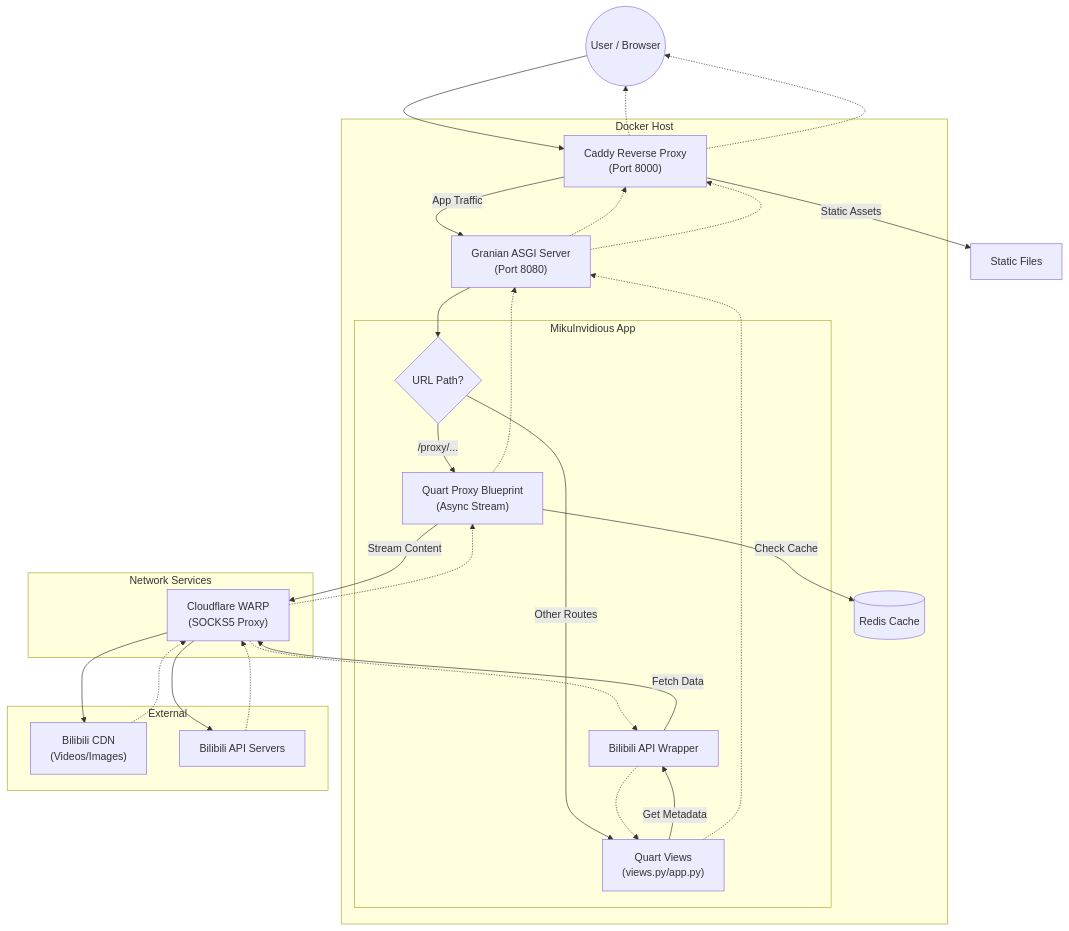
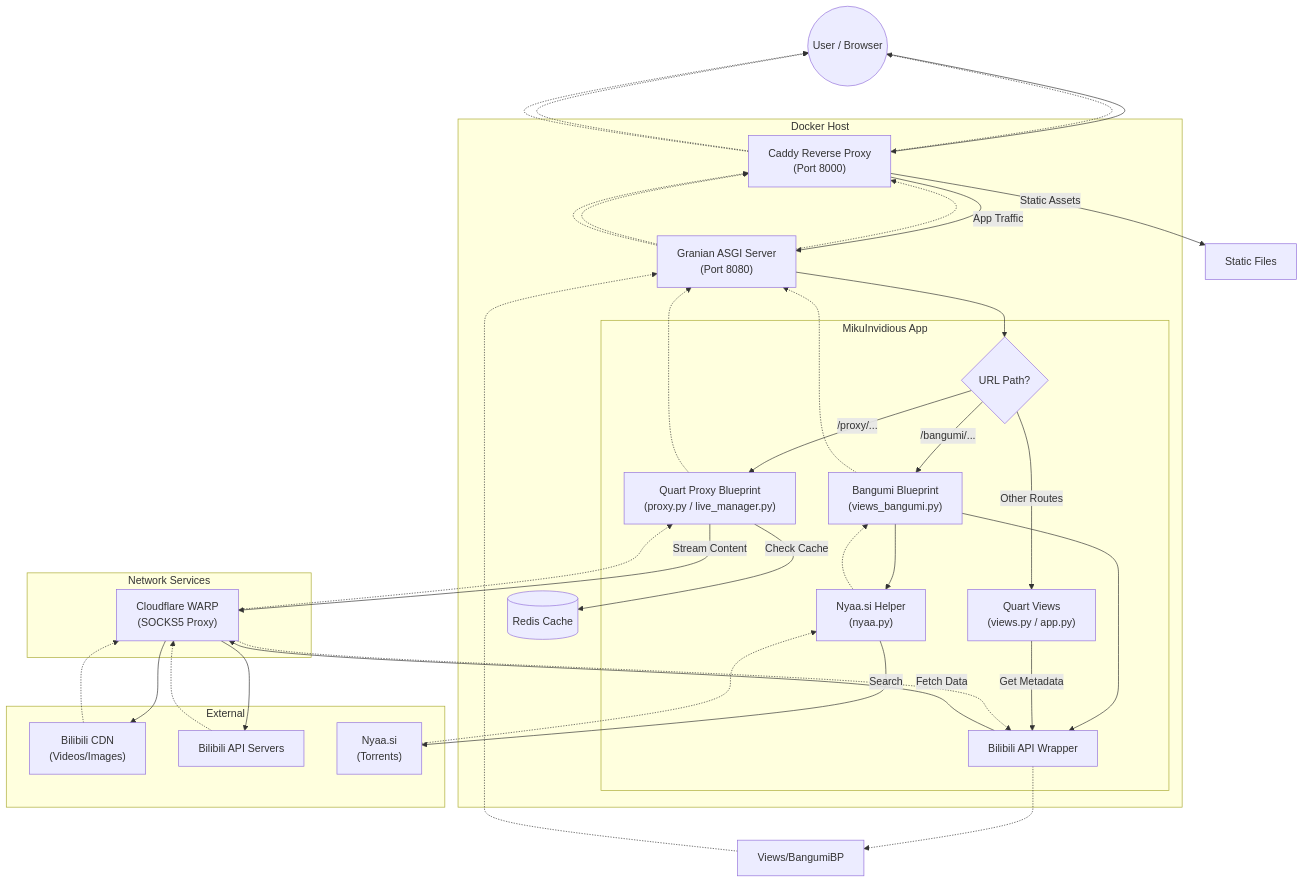
One commit to apicalshark/mikuinvidious changed the diagram in GEMINI.md. Above: the diagram before and after it, drawn with Mermaid. The commit also changed other lines of this file, not shown here.

Commit message:
chore: update flowchart

````diff
--- a/GEMINI.md
+++ b/GEMINI.md
@@ -29,51 +29,63 @@
 ```mermaid
 graph TD
     User((User / Browser))
     
     subgraph "Docker Host"
         Caddy["Caddy Reverse Proxy<br>(Port 8000)"]
         Granian["Granian ASGI Server<br>(Port 8080)"]
         
         subgraph "MikuInvidious App"
             Router{URL Path?}
-            ProxyRes["Quart Proxy Blueprint<br>(Async Stream)"]
-            Views["Quart Views<br>(views.py/app.py)"]
+            ProxyRes["Quart Proxy Blueprint<br>(proxy.py / live_manager.py)"]
+            BangumiBP["Bangumi Blueprint<br>(views_bangumi.py)"]
+            Views["Quart Views<br>(views.py / app.py)"]
             BiliAPI["Bilibili API Wrapper"]
+            NyaaHelper["Nyaa.si Helper<br>(nyaa.py)"]
         end
         
         Redis[("Redis Cache")]
     end
     
     subgraph "Network Services"
         Warp["Cloudflare WARP<br>(SOCKS5 Proxy)"]
     end
     
     subgraph "External"
         BiliCDN["Bilibili CDN<br>(Videos/Images)"]
         BiliServers["Bilibili API Servers"]
+        NyaaSI["Nyaa.si<br>(Torrents)"]
     end
 
     %% Flows
     User --> Caddy
     Caddy -- "Static Assets" --> Static[Static Files]
     Caddy -- "App Traffic" --> Granian
     Granian --> Router
     
     %% Proxy Path
     Router -- "/proxy/..." --> ProxyRes
     ProxyRes -- "Check Cache" --> Redis
     ProxyRes -- "Stream Content" --> Warp
     
+    %% Bangumi Path
+    Router -- "/bangumi/..." --> BangumiBP
+    BangumiBP --> BiliAPI
+    BangumiBP --> NyaaHelper
+    
     %% App Path
     Router -- "Other Routes" --> Views
     Views -- "Get Metadata" --> BiliAPI
+    
+    %% API / External
     BiliAPI -- "Fetch Data" --> Warp
+    NyaaHelper -- "Search" --> NyaaSI
     
     %% External Connections
     Warp --> BiliCDN
     Warp --> BiliServers
     
     %% Returns
     BiliCDN -.-> Warp -.-> ProxyRes -.-> Granian -.-> Caddy -.-> User
-    BiliServers -.-> Warp -.-> BiliAPI -.-> Views -.-> Granian -.-> Caddy -.-> User
+    BiliServers -.-> Warp -.-> BiliAPI -.-> Views/BangumiBP -.-> Granian -.-> Caddy -.-> User
+    NyaaSI -.-> NyaaHelper -.-> BangumiBP -.-> Granian -.-> Caddy -.-> User
 ```
````
